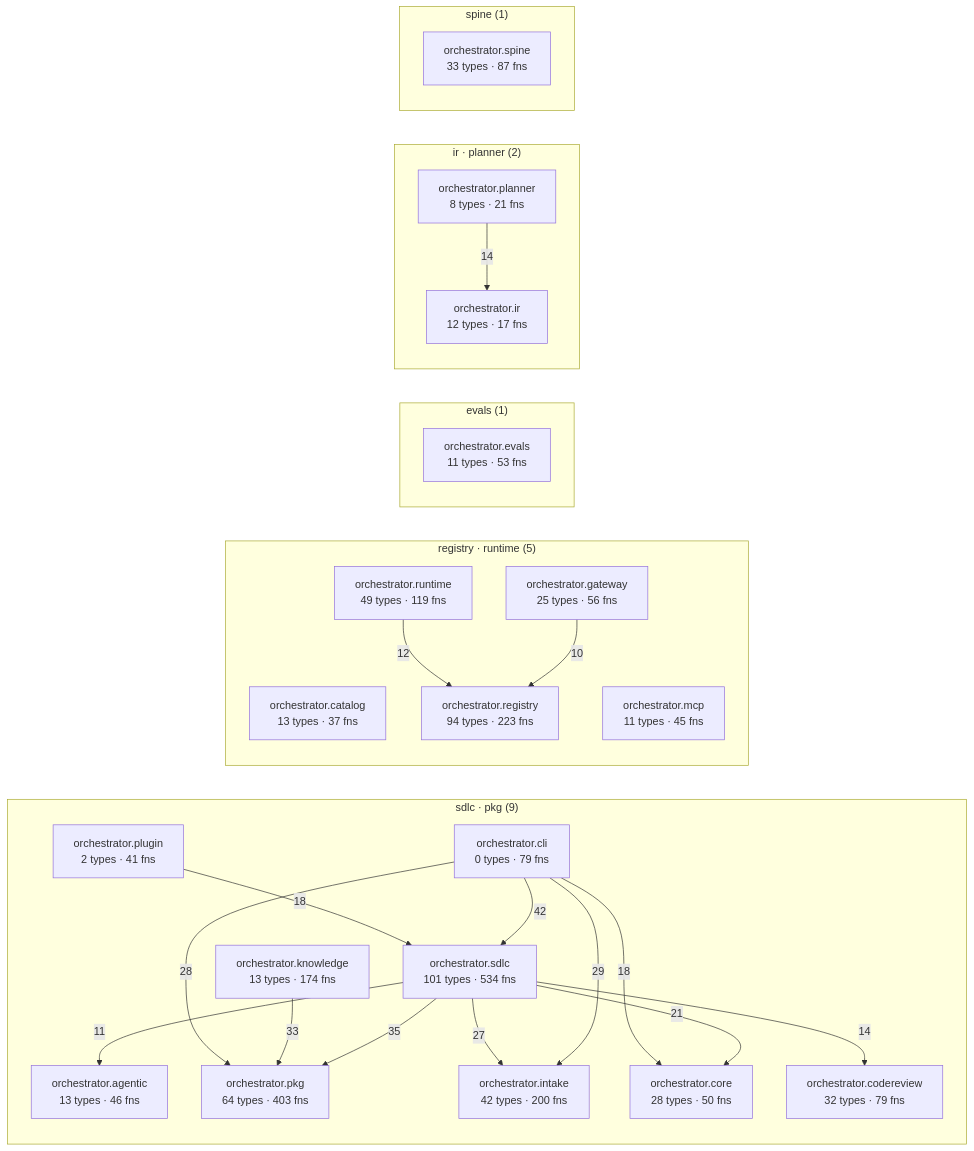
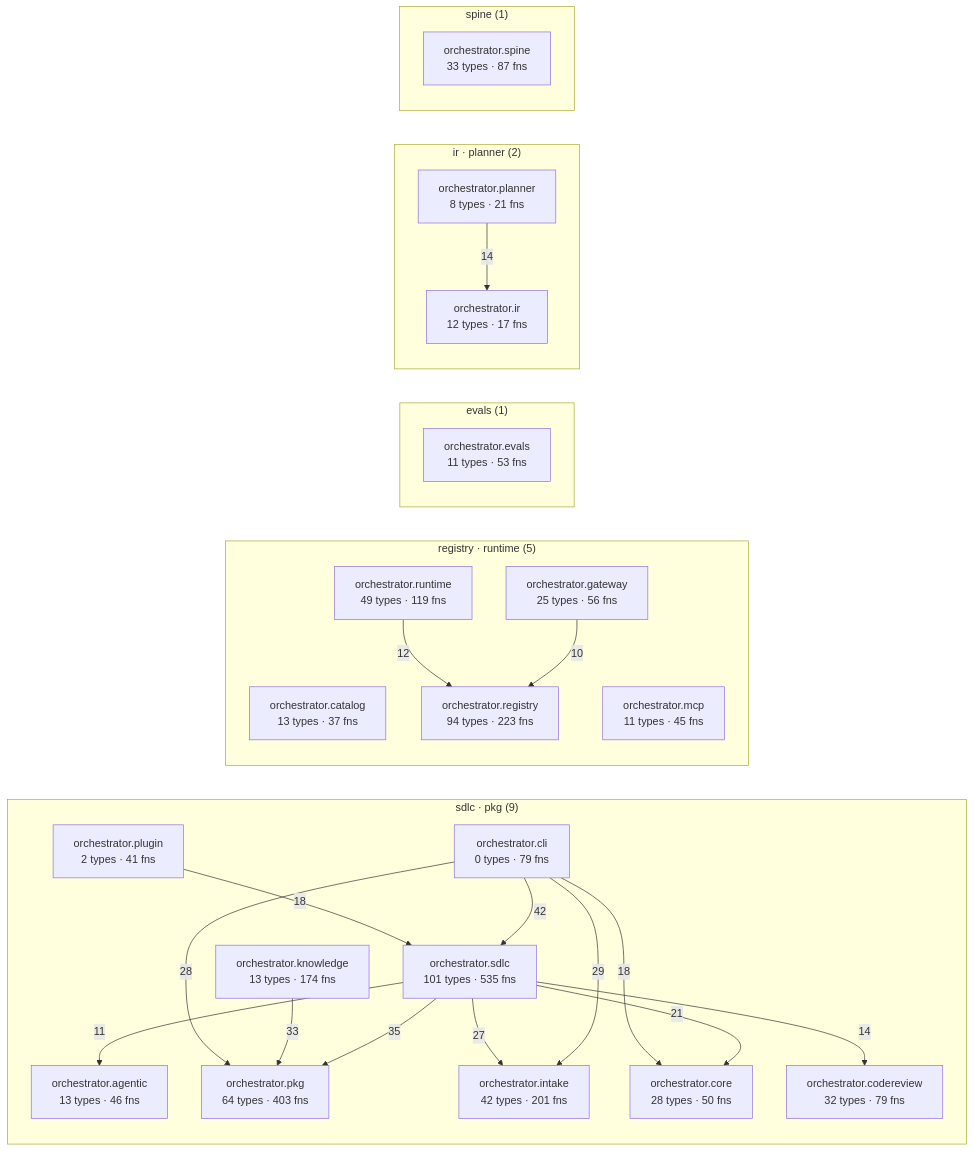
One commit to synaptixs/spine changed the diagram in episteme/architecture.md. Above: the diagram before and after it, drawn with Mermaid. The commit also changed other lines of this file and 11 other files, not shown here.

````diff
--- a/episteme/architecture.md
+++ b/episteme/architecture.md
@@ -54,45 +54,45 @@
 ```mermaid
 flowchart LR
   subgraph c_1["sdlc · pkg (9)"]
     aorchestratoragentic["orchestrator.agentic<br/>13 types · 46 fns"]
     aorchestratorcli["orchestrator.cli<br/>0 types · 79 fns"]
     aorchestratorcodereview["orchestrator.codereview<br/>32 types · 79 fns"]
     aorchestratorcore["orchestrator.core<br/>28 types · 50 fns"]
-    aorchestratorintake["orchestrator.intake<br/>42 types · 200 fns"]
+    aorchestratorintake["orchestrator.intake<br/>42 types · 201 fns"]
     aorchestratorknowledge["orchestrator.knowledge<br/>13 types · 174 fns"]
     aorchestratorpkg["orchestrator.pkg<br/>64 types · 403 fns"]
     aorchestratorplugin["orchestrator.plugin<br/>2 types · 41 fns"]
-    aorchestratorsdlc["orchestrator.sdlc<br/>101 types · 534 fns"]
+    aorchestratorsdlc["orchestrator.sdlc<br/>101 types · 535 fns"]
   end
   subgraph c_3["registry · runtime (5)"]
     aorchestratorcatalog["orchestrator.catalog<br/>13 types · 37 fns"]
     aorchestratorgateway["orchestrator.gateway<br/>25 types · 56 fns"]
     aorchestratormcp["orchestrator.mcp<br/>11 types · 45 fns"]
     aorchestratorregistry["orchestrator.registry<br/>94 types · 223 fns"]
     aorchestratorruntime["orchestrator.runtime<br/>49 types · 119 fns"]
   end
   subgraph c_5["evals (1)"]
     aorchestratorevals["orchestrator.evals<br/>11 types · 53 fns"]
   end
   subgraph c_7["ir · planner (2)"]
     aorchestratorir["orchestrator.ir<br/>12 types · 17 fns"]
     aorchestratorplanner["orchestrator.planner<br/>8 types · 21 fns"]
   end
   subgraph c_10["spine (1)"]
     aorchestratorspine["orchestrator.spine<br/>33 types · 87 fns"]
   end
   aorchestratorcli -->|42| aorchestratorsdlc
   aorchestratorsdlc -->|35| aorchestratorpkg
   aorchestratorknowledge -->|33| aorchestratorpkg
   aorchestratorcli -->|29| aorchestratorintake
   aorchestratorcli -->|28| aorchestratorpkg
   aorchestratorsdlc -->|27| aorchestratorintake
   aorchestratorsdlc -->|21| aorchestratorcore
   aorchestratorcli -->|18| aorchestratorcore
   aorchestratorplugin -->|18| aorchestratorsdlc
   aorchestratorplanner -->|14| aorchestratorir
   aorchestratorsdlc -->|14| aorchestratorcodereview
   aorchestratorruntime -->|12| aorchestratorregistry
   aorchestratorsdlc -->|11| aorchestratoragentic
   aorchestratorgateway -->|10| aorchestratorregistry
 ```
````
